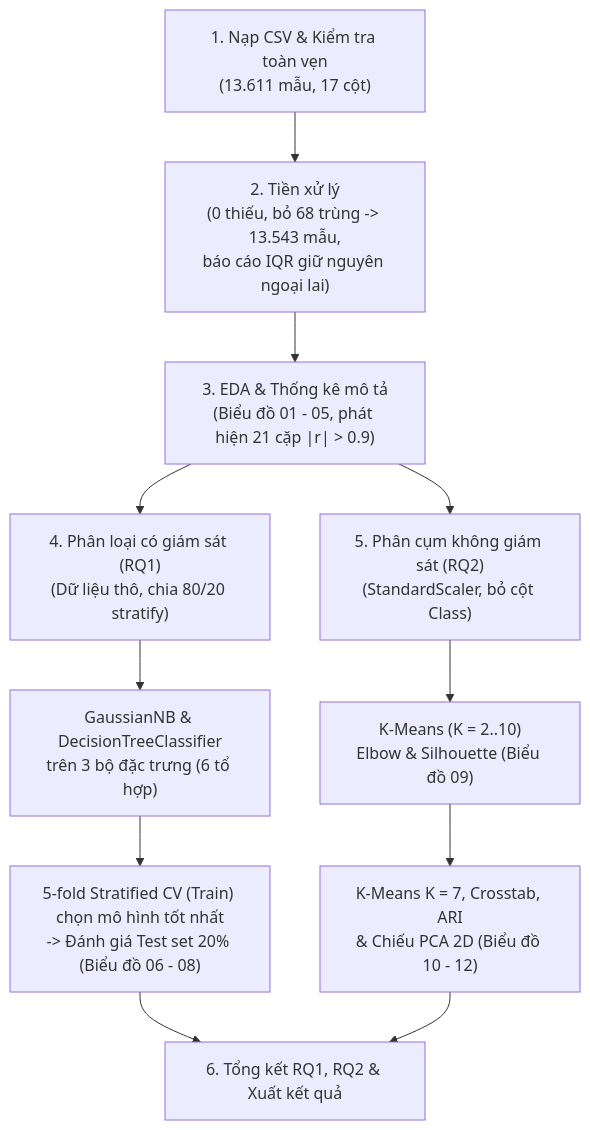
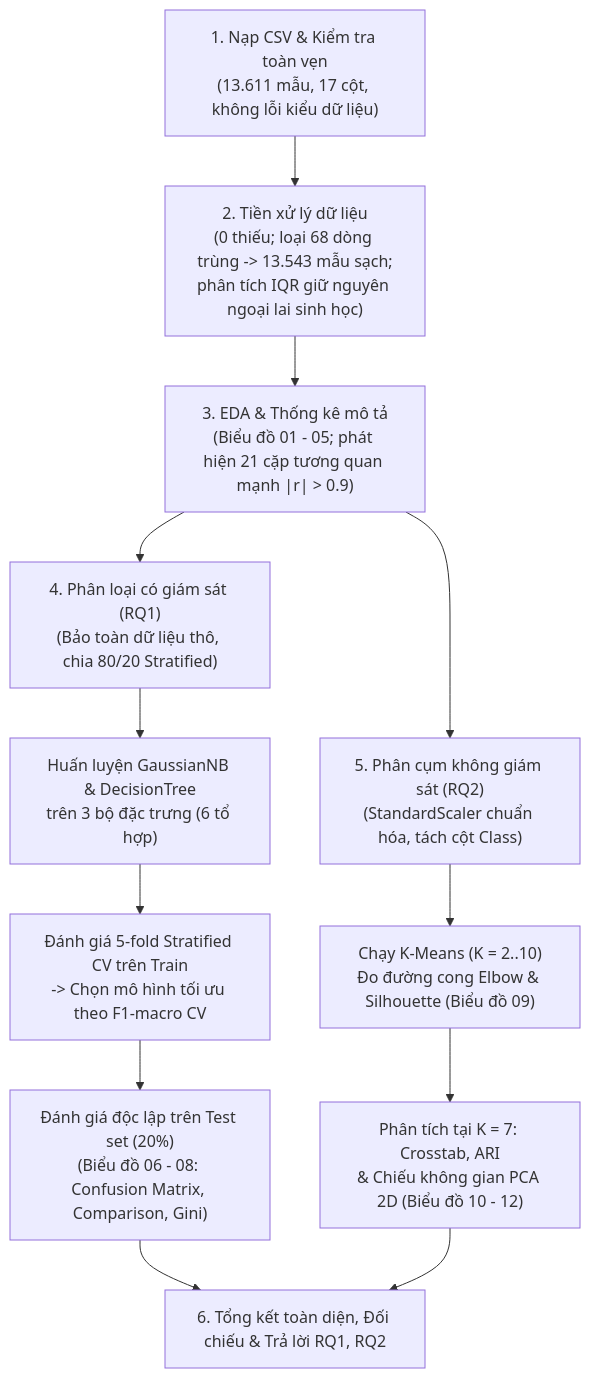
The diagram in README.md (ronstudy/Data-Mining-09), drawn with Mermaid before and after one commit. The commit also changed other lines of this file, not shown here.

````diff
--- a/README.md
+++ b/README.md
@@ -57,13 +60,14 @@
 ```mermaid
 flowchart TD
-    A["1. Nạp CSV & Kiểm tra toàn vẹn<br/>(13.611 mẫu, 17 cột)"] --> B["2. Tiền xử lý<br/>(0 thiếu, bỏ 68 trùng -> 13.543 mẫu,<br/>báo cáo IQR giữ nguyên ngoại lai)"]
-    B --> C["3. EDA & Thống kê mô tả<br/>(Biểu đồ 01 - 05, phát hiện 21 cặp |r| > 0.9)"]
-    C --> D["4. Phân loại có giám sát (RQ1)<br/>(Dữ liệu thô, chia 80/20 stratify)"]
-    C --> E["5. Phân cụm không giám sát (RQ2)<br/>(StandardScaler, bỏ cột Class)"]
-    D --> D1["GaussianNB & DecisionTreeClassifier<br/>trên 3 bộ đặc trưng (6 tổ hợp)"]
-    D1 --> D2["5-fold Stratified CV (Train) chọn mô hình tốt nhất<br/>-> Đánh giá Test set 20% (Biểu đồ 06 - 08)"]
-    E --> E1["K-Means (K = 2..10)<br/>Elbow & Silhouette (Biểu đồ 09)"]
-    E1 --> E2["K-Means K = 7, Crosstab, ARI<br/>& Chiếu PCA 2D (Biểu đồ 10 - 12)"]
-    D2 --> F["6. Tổng kết RQ1, RQ2 & Xuất kết quả"]
+    A["1. Nạp CSV & Kiểm tra toàn vẹn<br/>(13.611 mẫu, 17 cột, không lỗi kiểu dữ liệu)"] --> B["2. Tiền xử lý dữ liệu<br/>(0 thiếu; loại 68 dòng trùng -> 13.543 mẫu sạch;<br/>phân tích IQR giữ nguyên ngoại lai sinh học)"]
+    B --> C["3. EDA & Thống kê mô tả<br/>(Biểu đồ 01 - 05; phát hiện 21 cặp tương quan mạnh |r| > 0.9)"]
+    C --> D["4. Phân loại có giám sát (RQ1)<br/>(Bảo toàn dữ liệu thô, chia 80/20 Stratified)"]
+    C --> E["5. Phân cụm không giám sát (RQ2)<br/>(StandardScaler chuẩn hóa, tách cột Class)"]
+    D --> D1["Huấn luyện GaussianNB & DecisionTree<br/>trên 3 bộ đặc trưng (6 tổ hợp)"]
+    D1 --> D2["Đánh giá 5-fold Stratified CV trên Train<br/>-> Chọn mô hình tối ưu theo F1-macro CV"]
+    D2 --> D3["Đánh giá độc lập trên Test set (20%)<br/>(Biểu đồ 06 - 08: Confusion Matrix, Comparison, Gini)"]
+    E --> E1["Chạy K-Means (K = 2..10)<br/>Đo đường cong Elbow & Silhouette (Biểu đồ 09)"]
+    E1 --> E2["Phân tích tại K = 7: Crosstab, ARI<br/>& Chiếu không gian PCA 2D (Biểu đồ 10 - 12)"]
+    D3 --> F["6. Tổng kết toàn diện, Đối chiếu & Trả lời RQ1, RQ2"]
     E2 --> F
 ```
````
